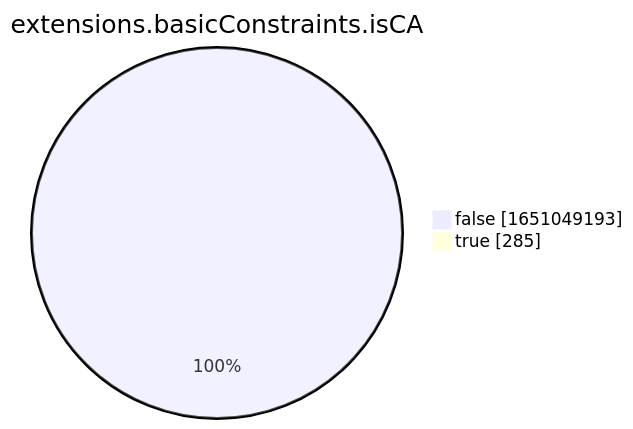
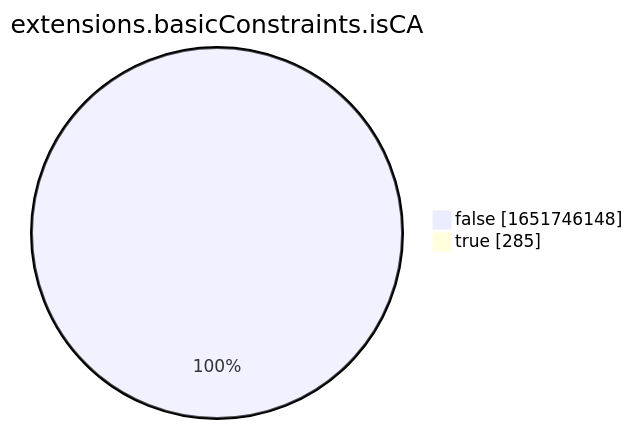
Before and after one commit to christiankrug/ctmonitor_visualization: the eighth of 15 diagrams in xenon2022/README.md, drawn with Mermaid. The commit also changed other lines of this file, not shown here.

````diff
--- a/xenon2022/README.md
+++ b/xenon2022/README.md
@@ -2864,6 +2864,6 @@
 ```mermaid
 pie showData
 title extensions.basicConstraints.isCA
-"false" :1651049193
+"false" :1651746148
 "true" :285
 ```
````
